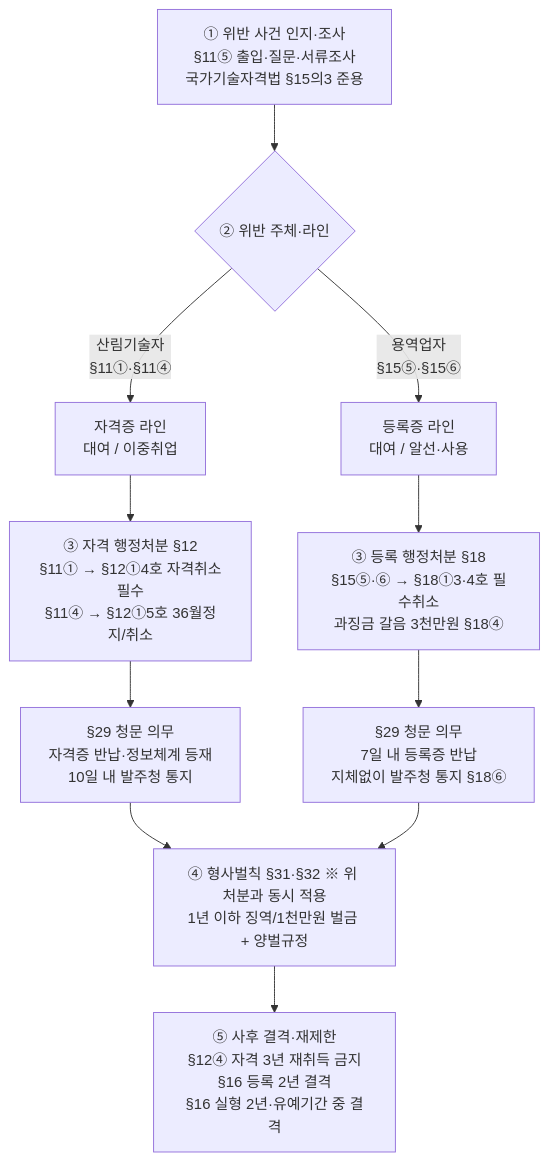
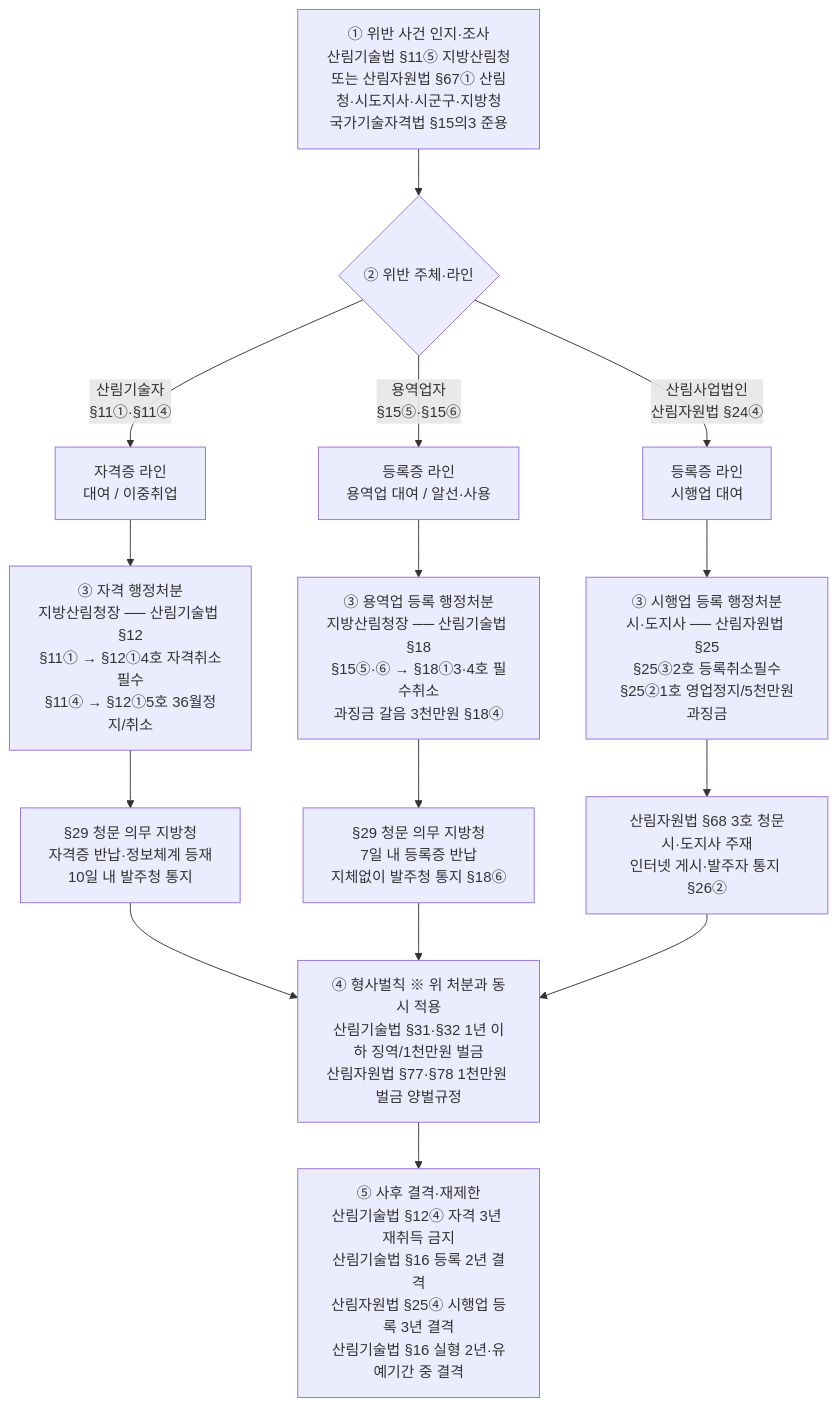
The first of 2 diagrams in wiki/산림작업/자원조성/산림기술자_자격관리_체계.md (chinguli4/FM-WIKI), drawn with Mermaid before and after one commit. The commit also changed other lines of this file and 6 other files, not shown here.

````diff
--- a/wiki/산림작업/자원조성/산림기술자_자격관리_체계.md
+++ b/wiki/산림작업/자원조성/산림기술자_자격관리_체계.md
@@ -38,19 +38,23 @@
 ```mermaid
 flowchart TD
-    A[① 위반 사건 인지·조사<br/>§11⑤ 출입·질문·서류조사<br/>국가기술자격법 §15의3 준용]
+    A[① 위반 사건 인지·조사<br/>산림기술법 §11⑤ 지방산림청<br/>또는 산림자원법 §67① 산림청·시도지사·시군구·지방청<br/>국가기술자격법 §15의3 준용]
     A --> B{② 위반 주체·라인}
 
     B -->|산림기술자<br/>§11①·§11④| T1[자격증 라인<br/>대여 / 이중취업]
-    B -->|용역업자<br/>§15⑤·§15⑥| T2[등록증 라인<br/>대여 / 알선·사용]
+    B -->|용역업자<br/>§15⑤·§15⑥| T2[등록증 라인<br/>용역업 대여 / 알선·사용]
+    B -->|산림사업법인<br/>산림자원법 §24④| T3[등록증 라인<br/>시행업 대여]
 
-    T1 --> P1[③ 자격 행정처분 §12<br/>§11① → §12①4호 자격취소필수<br/>§11④ → §12①5호 36월정지/취소]
-    T2 --> P2[③ 등록 행정처분 §18<br/>§15⑤·⑥ → §18①3·4호 필수취소<br/>과징금 갈음 3천만원 §18④]
+    T1 --> P1[③ 자격 행정처분<br/>지방산림청장 ── 산림기술법 §12<br/>§11① → §12①4호 자격취소필수<br/>§11④ → §12①5호 36월정지/취소]
+    T2 --> P2[③ 용역업 등록 행정처분<br/>지방산림청장 ── 산림기술법 §18<br/>§15⑤·⑥ → §18①3·4호 필수취소<br/>과징금 갈음 3천만원 §18④]
+    T3 --> P3[③ 시행업 등록 행정처분<br/>시·도지사 ── 산림자원법 §25<br/>§25③2호 등록취소필수<br/>§25②1호 영업정지/5천만원과징금]
 
-    P1 --> Q1[§29 청문 의무<br/>자격증 반납·정보체계 등재<br/>10일 내 발주청 통지]
-    P2 --> Q2[§29 청문 의무<br/>7일 내 등록증 반납<br/>지체없이 발주청 통지 §18⑥]
+    P1 --> Q1[§29 청문 의무 지방청<br/>자격증 반납·정보체계 등재<br/>10일 내 발주청 통지]
+    P2 --> Q2[§29 청문 의무 지방청<br/>7일 내 등록증 반납<br/>지체없이 발주청 통지 §18⑥]
+    P3 --> Q3[산림자원법 §68 3호 청문<br/>시·도지사 주재<br/>인터넷 게시·발주자 통지 §26②]
 
-    Q1 --> R[④ 형사벌칙 §31·§32 ※ 위 처분과 동시 적용<br/>1년 이하 징역/1천만원 벌금 + 양벌규정]
+    Q1 --> R[④ 형사벌칙 ※ 위 처분과 동시 적용<br/>산림기술법 §31·§32 1년 이하 징역/1천만원 벌금<br/>산림자원법 §77·§78 1천만원 벌금 양벌규정]
     Q2 --> R
+    Q3 --> R
 
-    R --> S[⑤ 사후 결격·재제한<br/>§12④ 자격 3년 재취득 금지<br/>§16 등록 2년 결격<br/>§16 실형 2년·유예기간 중 결격]
+    R --> S[⑤ 사후 결격·재제한<br/>산림기술법 §12④ 자격 3년 재취득 금지<br/>산림기술법 §16 등록 2년 결격<br/>산림자원법 §25④ 시행업 등록 3년 결격<br/>산림기술법 §16 실형 2년·유예기간 중 결격]
 ```
````
